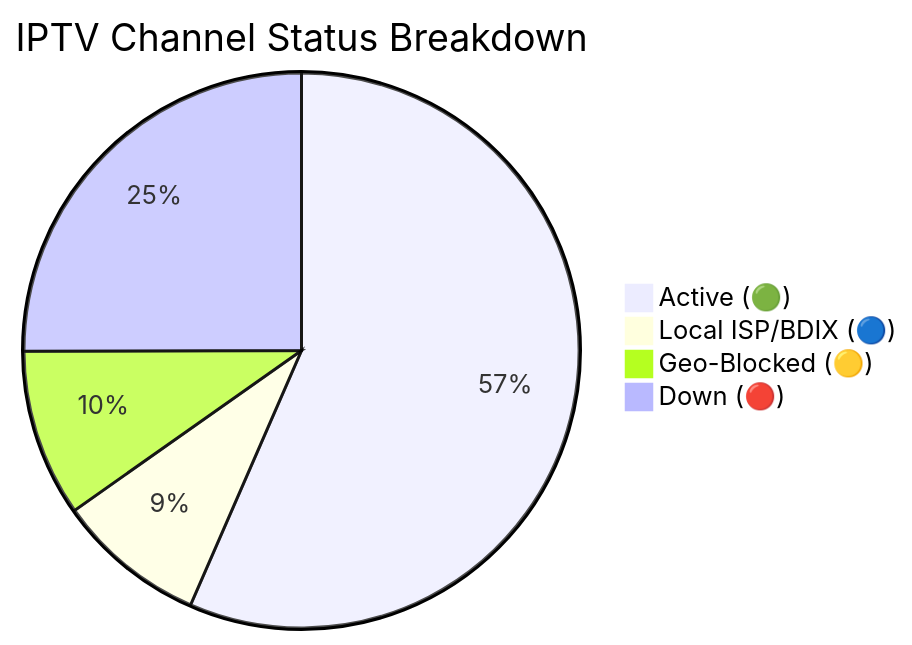
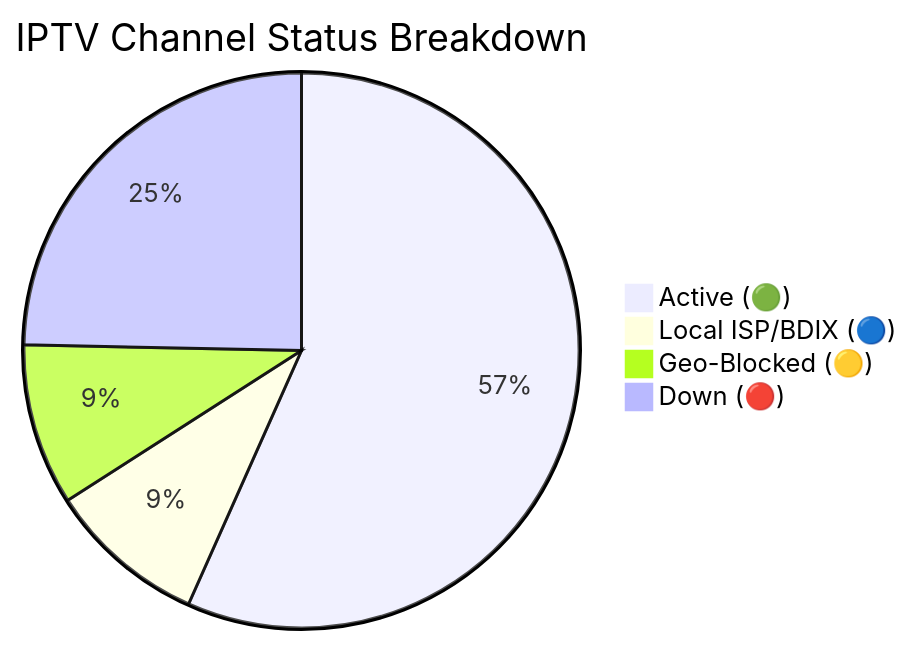
Before and after one commit to Zaman-Topu/Ip-tv-Collection: the diagram in README.md, drawn with Mermaid. The commit also changed other lines of this file and 6 other files, not shown here.

````diff
--- a/README.md
+++ b/README.md
@@ -149,7 +149,7 @@
 ```mermaid
 pie title IPTV Channel Status Breakdown
-    "Active (🟢)" : 10650
-    "Local ISP/BDIX (🔵)" : 1636
-    "Geo-Blocked (🟡)" : 1831
-    "Down (🔴)" : 4718
+    "Active (🟢)" : 10706
+    "Local ISP/BDIX (🔵)" : 1749
+    "Geo-Blocked (🟡)" : 1775
+    "Down (🔴)" : 4662
 ```
````
